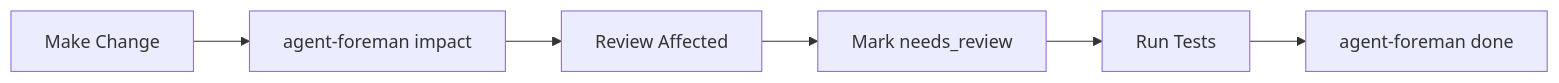
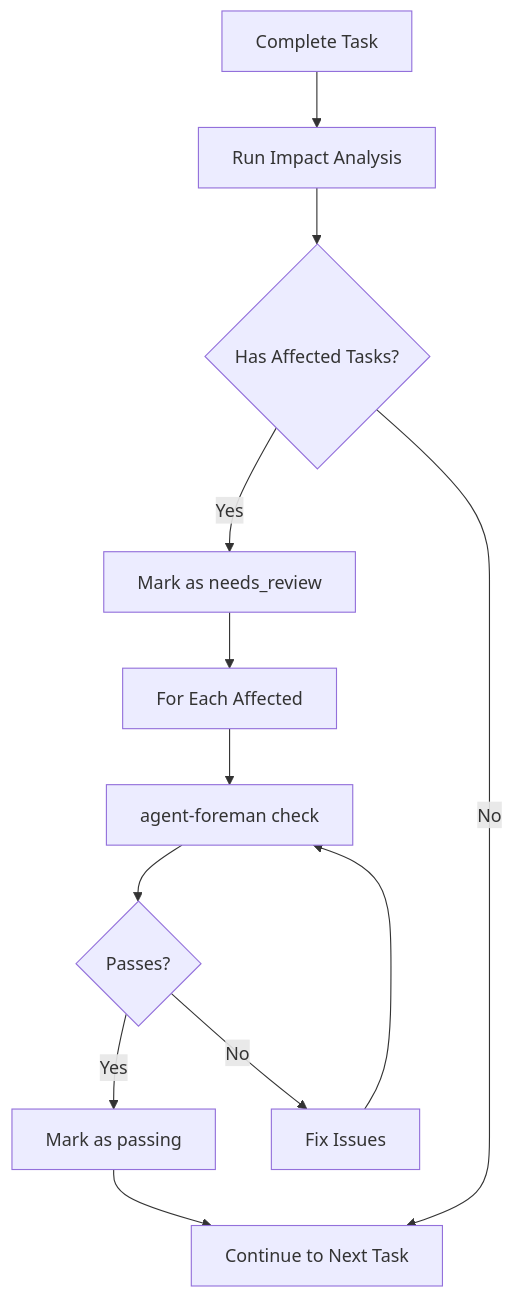
The fifth of 5 diagrams in docs/commands/impact.md (jerejones/agent-foreman), drawn with Mermaid before and after one commit. The commit also changed other lines of this file and 379 other files, not shown here.

````diff
--- a/docs/commands/impact.md
+++ b/docs/commands/impact.md
@@ -320,8 +235,15 @@
 ```mermaid
-flowchart LR
-    Change[Make Change] --> Impact[agent-foreman impact]
-    Impact --> Review[Review Affected]
-    Review --> Mark[Mark needs_review]
-    Mark --> Test[Run Tests]
-    Test --> Done[agent-foreman done]
+flowchart TD
+    A[Complete Task] --> B[Run Impact Analysis]
+    B --> C{Has Affected Tasks?}
+    C -->|Yes| D[Mark as needs_review]
+    C -->|No| E[Continue to Next Task]
+
+    D --> F[For Each Affected]
+    F --> G[agent-foreman check]
+    G --> H{Passes?}
+    H -->|Yes| I[Mark as passing]
+    H -->|No| J[Fix Issues]
+    J --> G
+    I --> E
 ```
````
